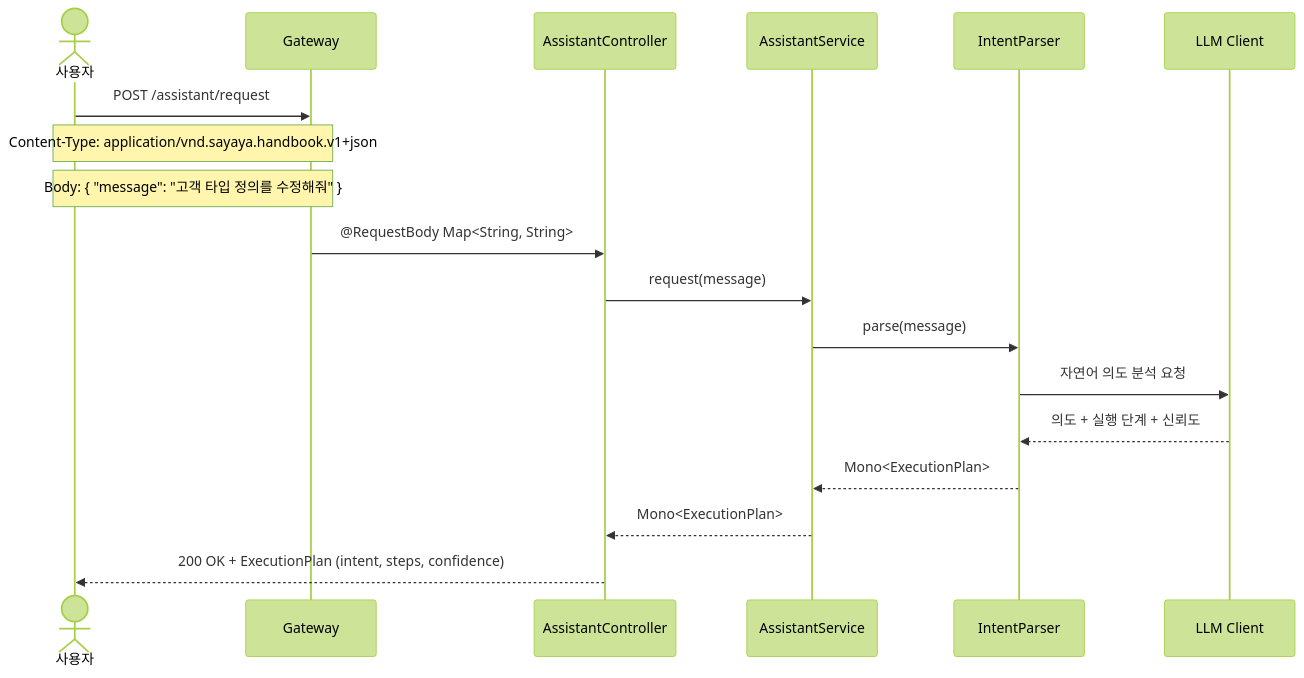
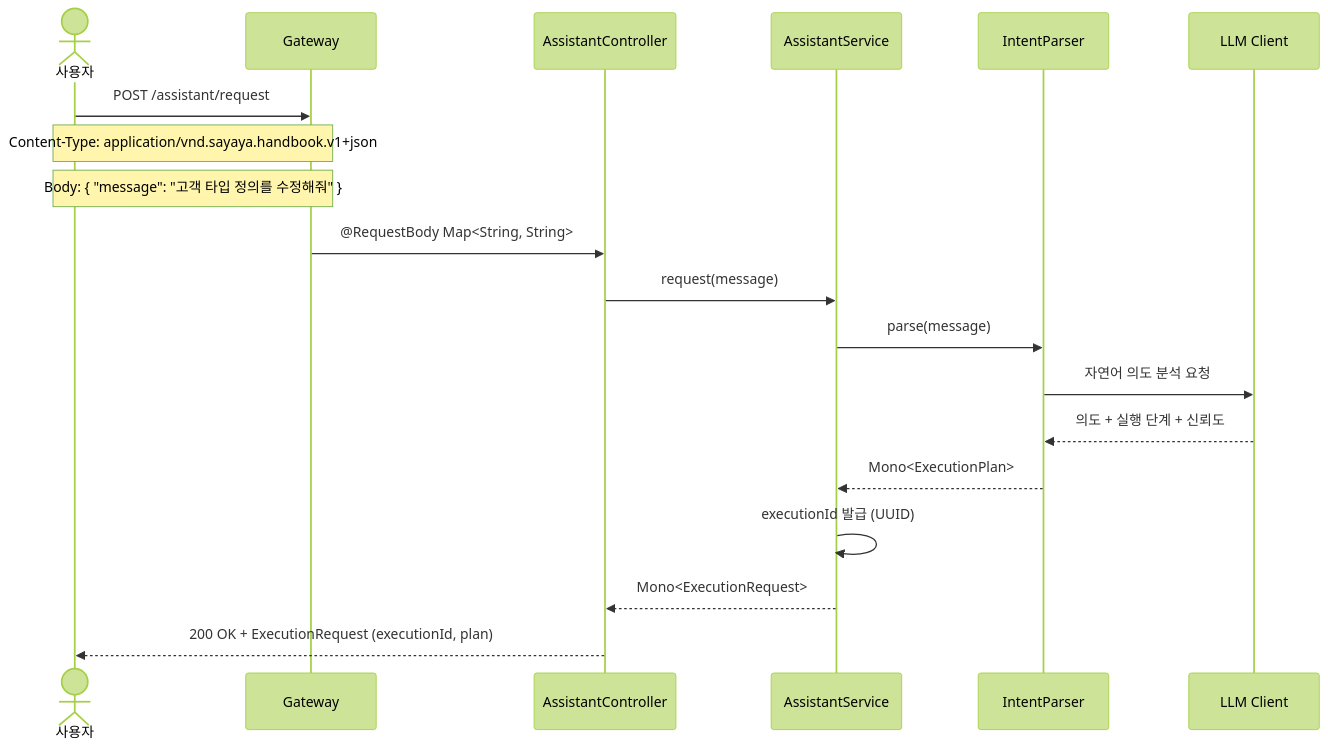
The first of 13 diagrams in assistant/USECASE.md (sayaya1090/handbook), drawn with Mermaid (forest theme) before and after one commit. The commit also changed other lines of this file and 311 other files, not shown here.

````diff
--- a/assistant/USECASE.md
+++ b/assistant/USECASE.md
@@ -5,21 +5,22 @@
 ```mermaid
 sequenceDiagram
     actor User as 사용자
     participant GW as Gateway
     participant Ctrl as AssistantController
     participant Svc as AssistantService
     participant Parser as IntentParser
     participant LLM as LLM Client
 
     User->>GW: POST /assistant/request
     Note over User,GW: Content-Type: application/vnd.sayaya.handbook.v1+json
     Note over User,GW: Body: { "message": "고객 타입 정의를 수정해줘" }
     GW->>Ctrl: @RequestBody Map<String, String>
     Ctrl->>Svc: request(message)
     Svc->>Parser: parse(message)
     Parser->>LLM: 자연어 의도 분석 요청
     LLM-->>Parser: 의도 + 실행 단계 + 신뢰도
     Parser-->>Svc: Mono<ExecutionPlan>
-    Svc-->>Ctrl: Mono<ExecutionPlan>
-    Ctrl-->>User: 200 OK + ExecutionPlan (intent, steps, confidence)
+    Svc->>Svc: executionId 발급 (UUID)
+    Svc-->>Ctrl: Mono<ExecutionRequest>
+    Ctrl-->>User: 200 OK + ExecutionRequest (executionId, plan)
 ```
````
